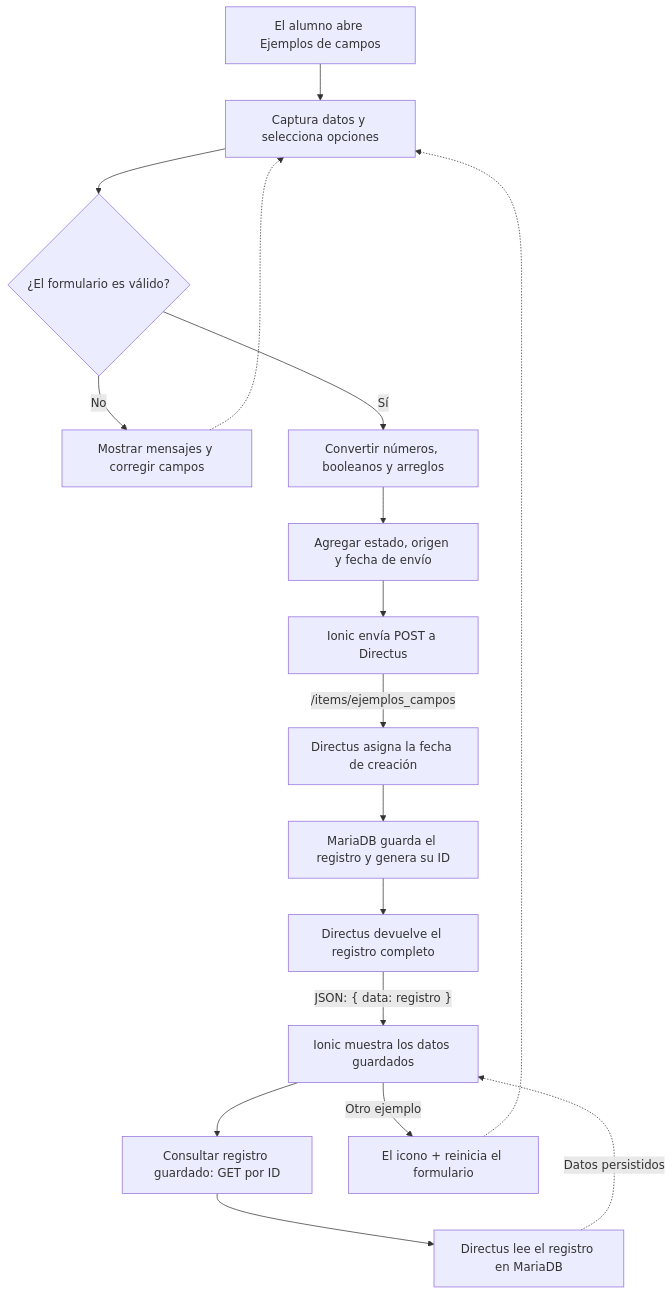
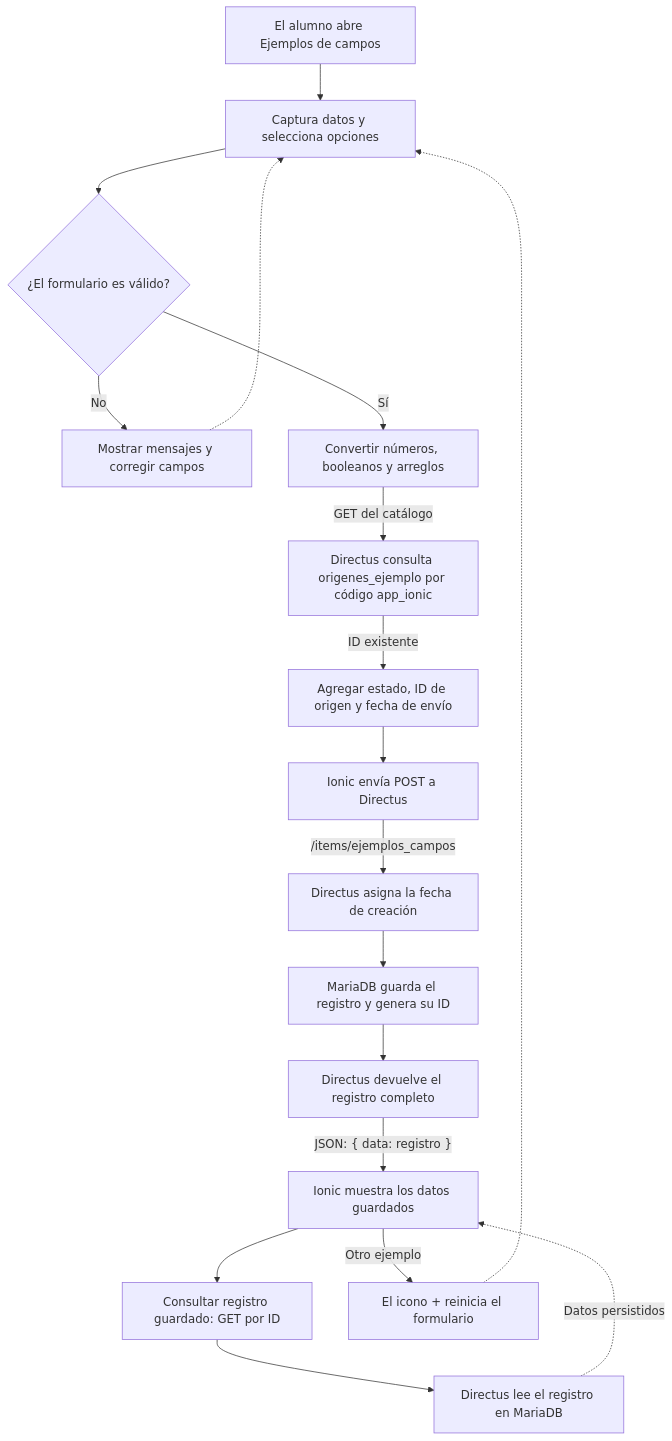
Before and after one commit to JonathanDeLaCruz/docker_moviles: the diagram in docs/manuales/recursos/flujos/17-campos.mmd, drawn with Mermaid. The commit also changed 20 other files, not shown here.

Commit message:
docs: ajusta manual 17 con ENUM y catalogo de origen

```diff
--- a/docs/manuales/recursos/flujos/17-campos.mmd
+++ b/docs/manuales/recursos/flujos/17-campos.mmd
@@ -1,31 +1,33 @@
 flowchart TD
   abrir["El alumno abre Ejemplos de campos"]
   capturar["Captura datos y selecciona opciones"]
   validar{"¿El formulario es válido?"}
   corregir["Mostrar mensajes y corregir campos"]
   mapear["Convertir números, booleanos y arreglos"]
-  agregar["Agregar estado, origen y fecha de envío"]
+  agregar["Agregar estado, ID de origen y fecha de envío"]
   solicitar["Ionic envía POST a Directus"]
   fechar["Directus asigna la fecha de creación"]
   base["MariaDB guarda el registro y genera su ID"]
   respuesta["Directus devuelve el registro completo"]
   mostrar["Ionic muestra los datos guardados"]
   consultar["Consultar registro guardado: GET por ID"]
   leer["Directus lee el registro en MariaDB"]
   nuevo["El icono + reinicia el formulario"]
+  catalogo["Directus consulta origenes_ejemplo por código app_ionic"]
   abrir --> capturar
   capturar --> validar
   validar -->|"Sí"| mapear
   validar -->|"No"| corregir
   corregir -.-> capturar
-  mapear --> agregar
   agregar --> solicitar
   solicitar -->|"/items/ejemplos_campos"| fechar
   fechar --> base
   base --> respuesta
   respuesta -->|"JSON: { data: registro }"| mostrar
   mostrar --> consultar
   consultar --> leer
   leer -.->|"Datos persistidos"| mostrar
   mostrar -->|"Otro ejemplo"| nuevo
   nuevo -.-> capturar
+  mapear -->|"GET del catálogo"| catalogo
+  catalogo -->|"ID existente"| agregar
```
